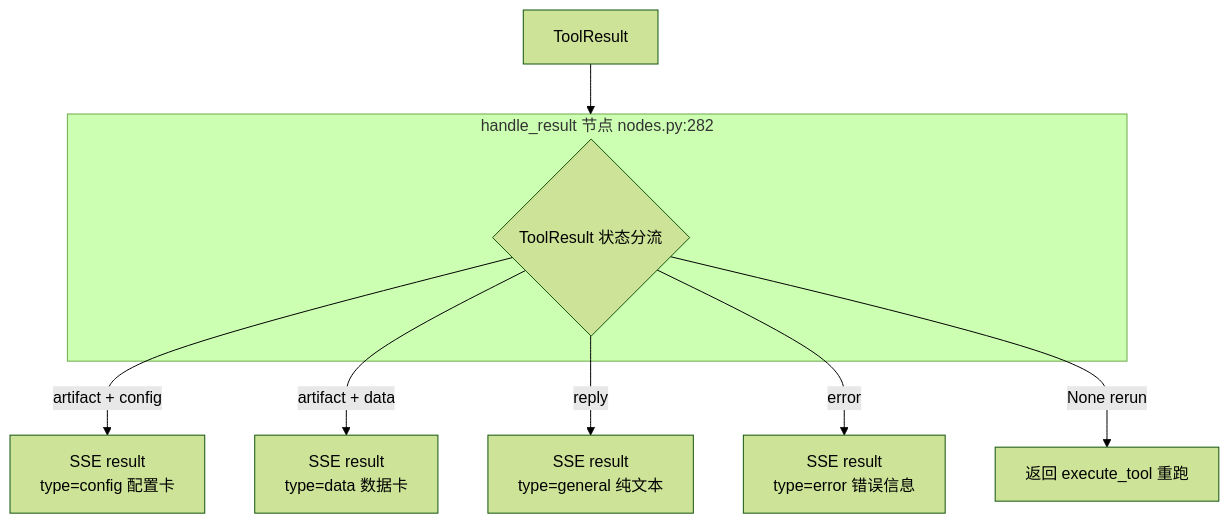
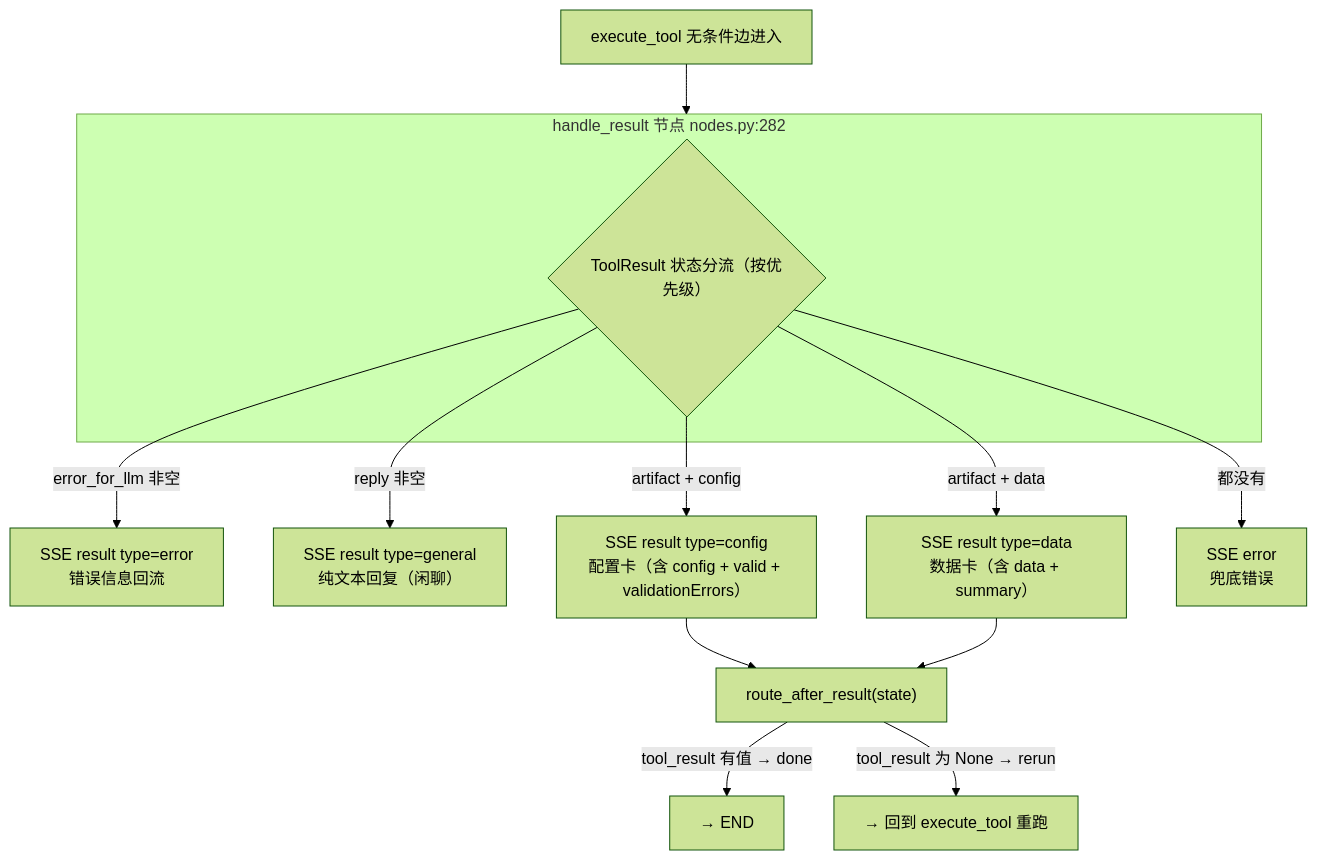
Before and after one commit to 996Code/llm-to-modeler: the sixth of 15 diagrams in doc/系统架构与学习指南.md, drawn with Mermaid (forest theme). The commit also changed other lines of this file, not shown here.

First line of the commit message:
fix: 全面修正调用链断联 + 状态机图 + 行号 + 衔接说明

````diff
--- a/doc/系统架构与学习指南.md
+++ b/doc/系统架构与学习指南.md
@@ -153,14 +186,19 @@
 ```mermaid
 flowchart TD
-    Result["ToolResult"] --> Check
+    Entry["execute_tool 无条件边进入"] --> Result
 
-    subgraph Check["handle_result 节点 nodes.py:282"]
-        R1{"ToolResult 状态分流"}
+    subgraph Result["handle_result 节点 nodes.py:282"]
+        R1{"ToolResult 状态分流（按优先级）"}
     end
 
-    R1 -->|artifact + config| SSE1["SSE result<br/>type=config 配置卡"]
-    R1 -->|artifact + data| SSE2["SSE result<br/>type=data 数据卡"]
-    R1 -->|reply| SSE3["SSE result<br/>type=general 纯文本"]
-    R1 -->|error| SSE4["SSE result<br/>type=error 错误信息"]
-    R1 -->|None rerun| Loop["返回 execute_tool 重跑"]
+    R1 -->|error_for_llm 非空| SSE1["SSE result type=error<br/>错误信息回流"]
+    R1 -->|reply 非空| SSE2["SSE result type=general<br/>纯文本回复（闲聊）"]
+    R1 -->|artifact + config| SSE3["SSE result type=config<br/>配置卡（含 config + valid + validationErrors）"]
+    R1 -->|artifact + data| SSE4["SSE result type=data<br/>数据卡（含 data + summary）"]
+    R1 -->|都没有| SSE5["SSE error<br/>兜底错误"]
+
+    SSE3 --> Router2["route_after_result(state)"]
+    SSE4 --> Router2
+    Router2 -->|"tool_result 有值 → done"| End["→ END"]
+    Router2 -->|"tool_result 为 None → rerun"| Back["→ 回到 execute_tool 重跑"]
 ```
````
